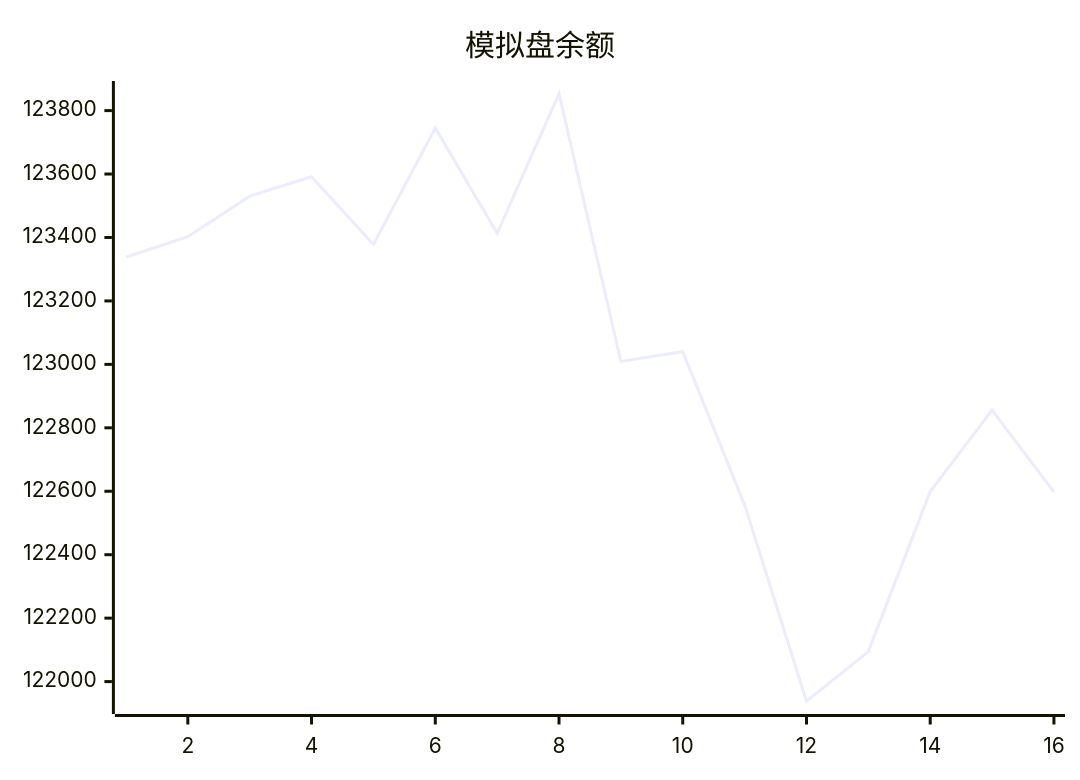
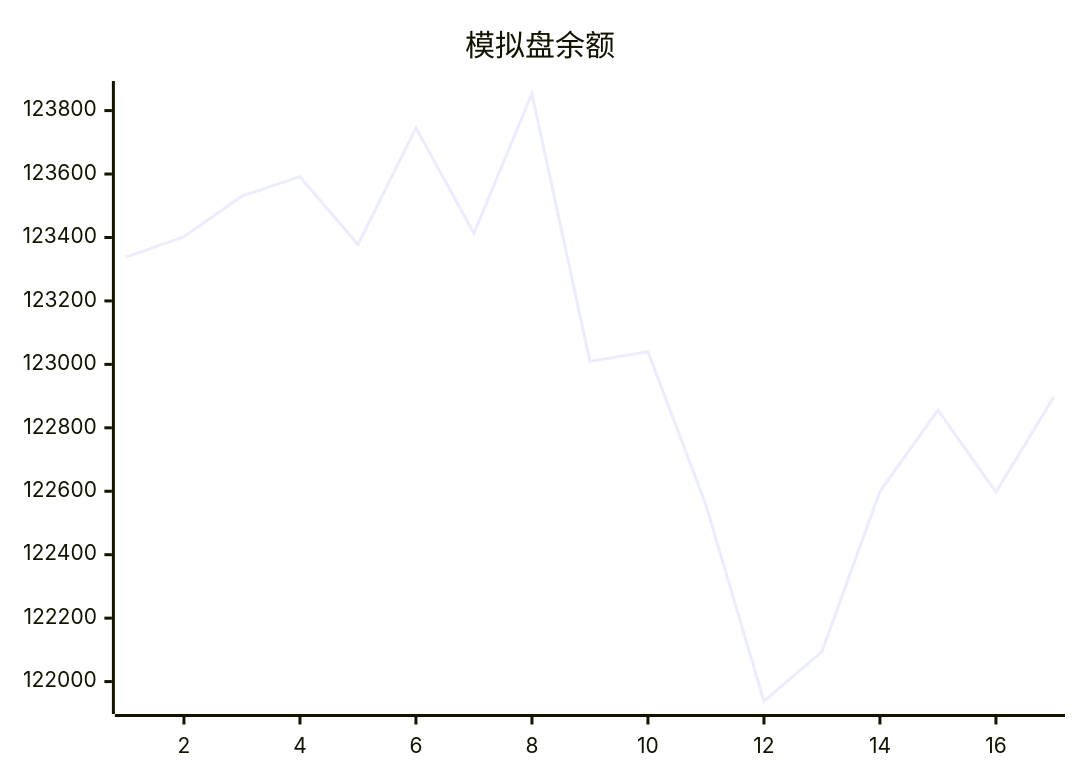
One commit to aahl/mcp-aktools changed the diagram in trading/README.md. Above: the diagram before and after it, drawn with Mermaid. The commit also changed 1 other file, not shown here.

Commit message:
📈 AkTools MCP Server

````diff
--- a/trading/README.md
+++ b/trading/README.md
@@ -3,5 +3,5 @@
 ```mermaid
 xychart
     title "模拟盘余额"
-    line [123337.9,123402.4,123530.3,123591.6,123377.9,123745.3,123413.3,123853.1,123009.4,123039.8,122557.0,121938.0,122094.6,122599.0,122856.1,122597.3]
+    line [123337.9,123402.4,123530.3,123591.6,123377.9,123745.3,123413.3,123853.1,123009.4,123039.8,122557.0,121938.0,122094.6,122599.0,122856.1,122597.3,122898.1]
 ```
````
